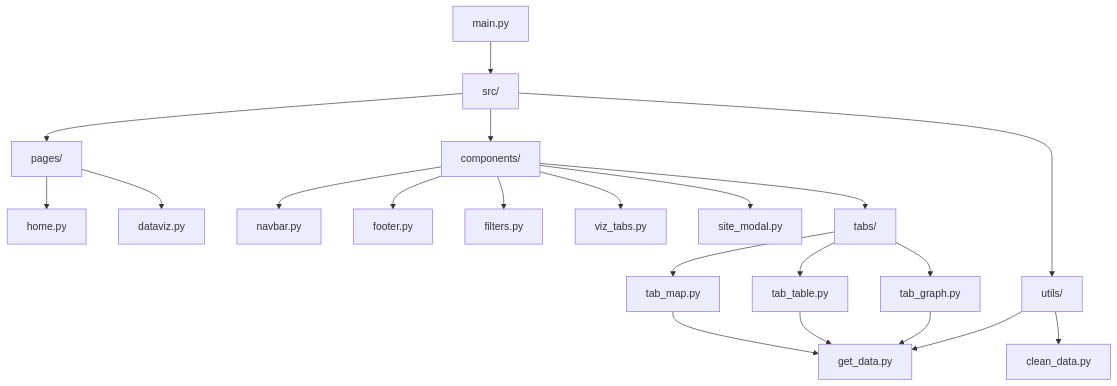
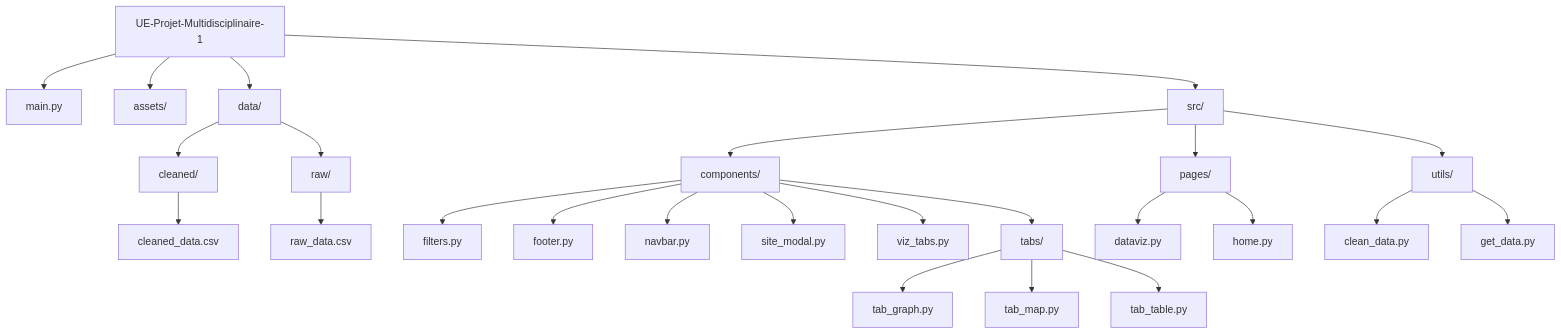
Before and after one commit to EmmanuelVidrean/UE-Projet-Multidisciplinaire-1: the diagram in README.md, drawn with Mermaid. The commit also changed other lines of this file, not shown here.

````diff
--- a/README.md
+++ b/README.md
@@ -163,28 +163,33 @@
 ```mermaid
 graph TB
-    A[main.py] --> B[src/]
-    B --> C[pages/]
-    B --> D[components/]
-    B --> E[utils/]
+    A[UE-Projet-Multidisciplinaire-1] --> C[main.py]
+    A --> F[assets/]
+    A --> G[data/]
+    A --> H[src/]
     
-    C --> C1[home.py]
-    C --> C2[dataviz.py]
+    G --> G1[cleaned/]
+    G --> G2[raw/]
+    G1 --> G1A[cleaned_data.csv]
+    G2 --> G2A[raw_data.csv]
     
-    D --> D1[navbar.py]
-    D --> D2[footer.py]
-    D --> D3[filters.py]
-    D --> D4[viz_tabs.py]
-    D --> D5[site_modal.py]
-    D --> D6[tabs/]
+    H --> H1[components/]
+    H --> H2[pages/]
+    H --> H3[utils/]
     
-    D6 --> D6A[tab_map.py]
-    D6 --> D6B[tab_table.py]
-    D6 --> D6C[tab_graph.py]
+    H1 --> H1A[filters.py]
+    H1 --> H1B[footer.py]
+    H1 --> H1C[navbar.py]
+    H1 --> H1D[site_modal.py]
+    H1 --> H1E[viz_tabs.py]
+    H1 --> H1F[tabs/]
     
-    E --> E1[get_data.py]
-    E --> E2[clean_data.py]
+    H1F --> H1F1[tab_graph.py]
+    H1F --> H1F2[tab_map.py]
+    H1F --> H1F3[tab_table.py]
     
-    D6A --> E1
-    D6B --> E1
-    D6C --> E1
+    H2 --> H2A[dataviz.py]
+    H2 --> H2B[home.py]
+    
+    H3 --> H3A[clean_data.py]
+    H3 --> H3B[get_data.py]
 ```
````
